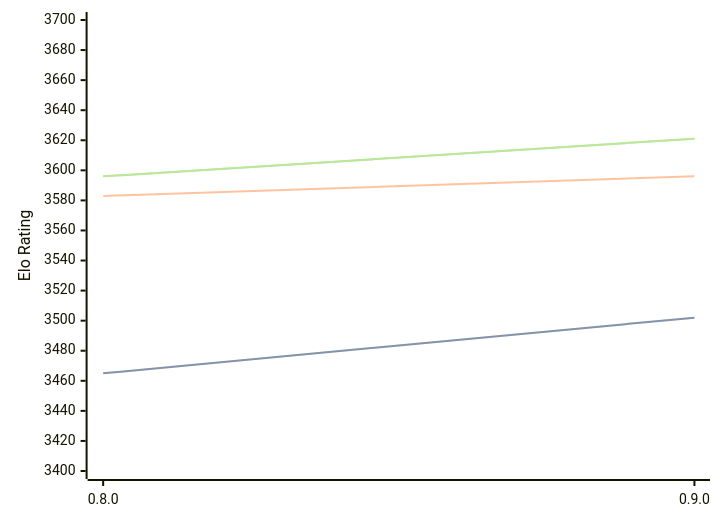
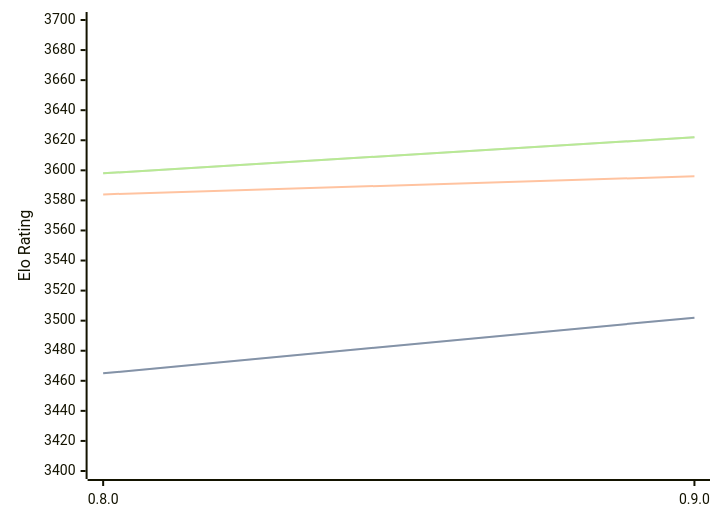
The diagram in engines/Reckless.md (computer-chess-index/cci), drawn with Mermaid before and after one commit. The commit also changed other lines of this file, not shown here.

Commit message:
Update CCI Ratings (ELO VLTC) - 2026-03-21

````diff
--- a/engines/Reckless.md
+++ b/engines/Reckless.md
@@ -39,11 +39,11 @@
 ```mermaid
 %%{init: {"theme":"base","themeVariables":{"seriesColors:['#a3a3a3','#222221','#faa371']}}}%%
 xychart-beta
   x-axis ["0.8.0", "0.9.0"]
   y-axis "Elo Rating" 3400 --> 3700
   line "STC (8.0+0.08s)" [3465, 3502]
   line "STC (8.0+0.08s)" [3465, 3502]
-  line "LTC (60.0+0.60s)" [3583, 3596]
-  line "VLTC (2m24s+1.12s)" [3596, 3621]
-  line "VLTC (2m24s+1.12s)" [3596, 3621]
+  line "LTC (60.0+0.60s)" [3584, 3596]
+  line "VLTC (2m24s+1.12s)" [3598, 3622]
+  line "VLTC (2m24s+1.12s)" [3598, 3622]
 ```
````
